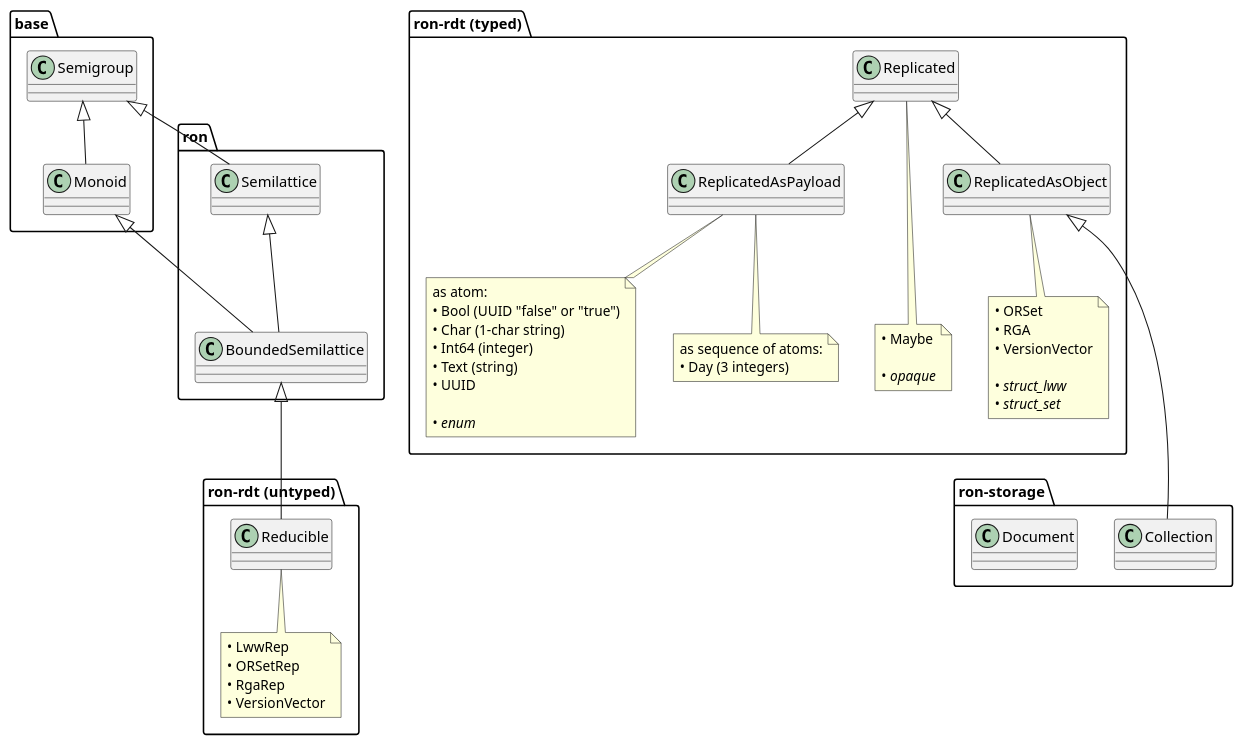
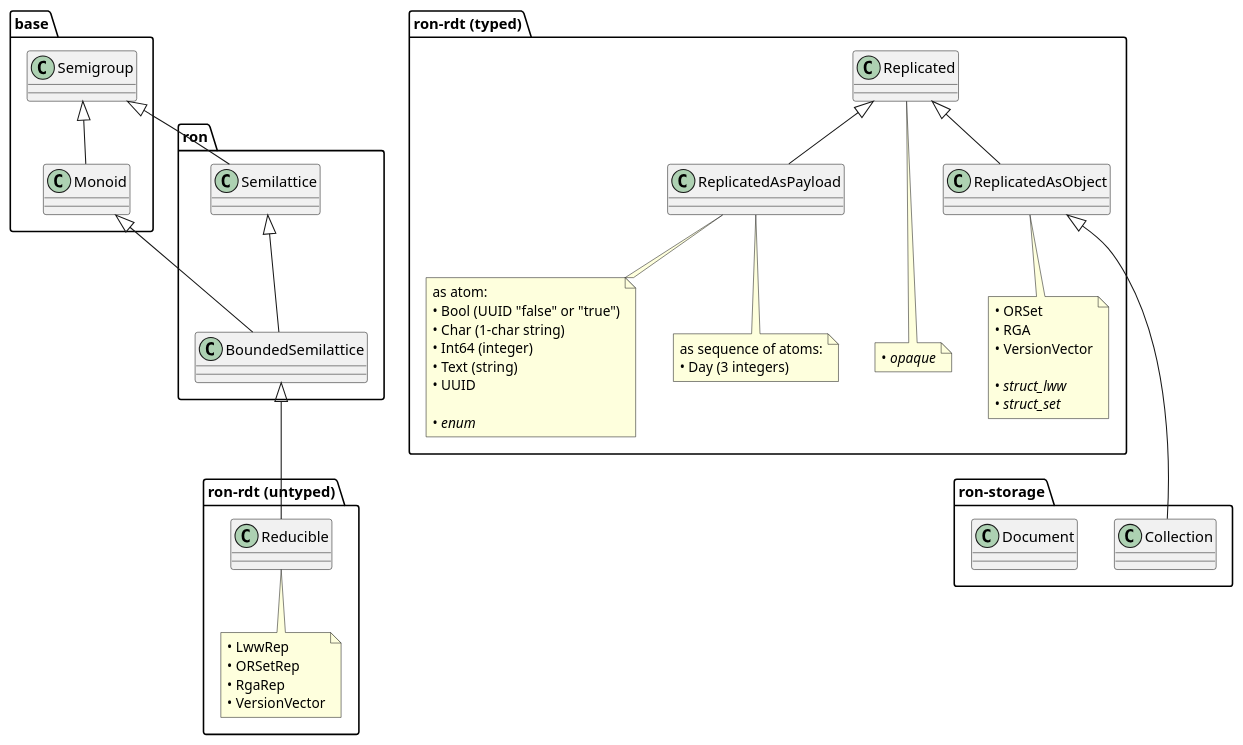
The diagram in doc/classes.puml (ff-notes/ron), drawn with PlantUML before and after one commit. The commit also changed 17 other files, not shown here.

```diff
--- a/doc/classes.puml
+++ b/doc/classes.puml
@@ -1,68 +1,66 @@
 @startuml RonClassesAndInstances
     package base {
         Semigroup <|-- Monoid
     }
 
     package ron {
         Semigroup <|-- Semilattice
         Semilattice <|-- BoundedSemilattice
         Monoid <|-- BoundedSemilattice
     }
 
     package "ron-rdt (untyped)" {
         BoundedSemilattice <|-- Reducible
 
         note as instances_Reducible
             • LwwRep
             • ORSetRep
             • RgaRep
             • VersionVector
         end note
         Reducible -- instances_Reducible
     }
 
     package "ron-rdt (typed)" {
         Replicated <|-- ReplicatedAsObject
         Replicated <|-- ReplicatedAsPayload
 
         note as instances_Replicated
-            • Maybe
-
             • <i>opaque</i>
         end note
         Replicated --- instances_Replicated
 
         note as instances_ReplicatedAsObject
             • ORSet
             • RGA
             • VersionVector
 
             • <i>struct_lww</i>
             • <i>struct_set</i>
         end note
         ReplicatedAsObject -- instances_ReplicatedAsObject
 
         note as instances_ReplicatedAsPayload1
             as atom:
             • Bool (UUID "false" or "true")
             • Char (1-char string)
             • Int64 (integer)
             • Text (string)
             • UUID
 
             • <i>enum</i>
         end note
         ReplicatedAsPayload -- instances_ReplicatedAsPayload1
 
         note as instances_ReplicatedAsPayload2
             as sequence of atoms:
             • Day (3 integers)
         end note
         ReplicatedAsPayload -- instances_ReplicatedAsPayload2
     }
 
     package ron-storage {
         ReplicatedAsObject <|--- Collection
         class Document
     }
 @enduml
```
